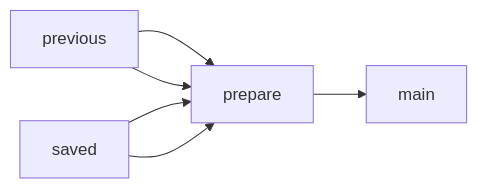
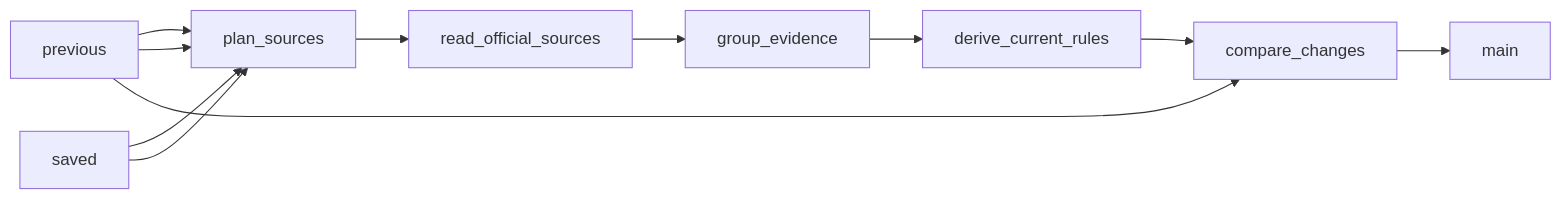
One commit to jsonifyco/public-datasets changed the diagram in datasets/airside-transit-visa-rules-sample-d375a83266c3/README.md. Above: the diagram before and after it, drawn with Mermaid. The commit also changed other lines of this file and 3 other files, not shown here.

````diff
--- a/datasets/airside-transit-visa-rules-sample-d375a83266c3/README.md
+++ b/datasets/airside-transit-visa-rules-sample-d375a83266c3/README.md
@@ -67,12 +75,21 @@
 ```mermaid
 flowchart LR
   n0["previous"]
   n1["saved"]
-  n2["prepare"]
-  n3["main"]
+  n2["plan#95;sources"]
+  n3["read#95;official#95;sources"]
+  n4["group#95;evidence"]
+  n5["derive#95;current#95;rules"]
+  n6["compare#95;changes"]
+  n7["main"]
   n2 --> n3
+  n3 --> n4
+  n4 --> n5
+  n5 --> n6
+  n6 --> n7
   n0 --> n2
   n1 --> n2
   n0 --> n2
   n1 --> n2
+  n0 --> n6
 ```
````
